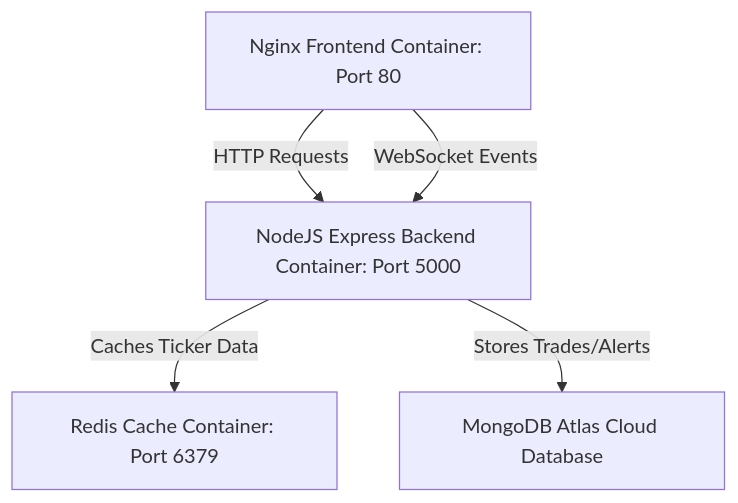
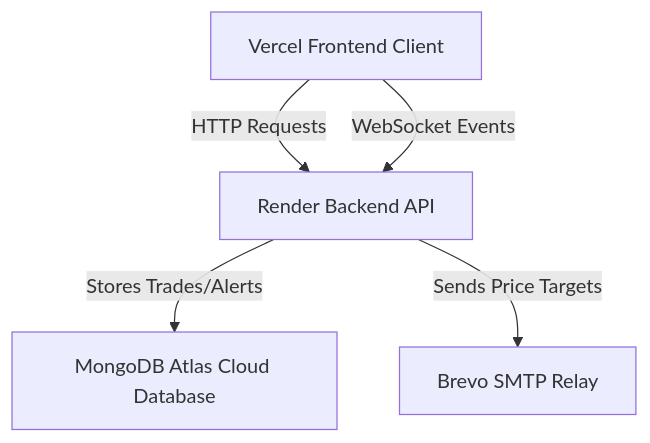
One commit to Bharadhwaj335/Stock-Trading-Simulator changed the diagram in README.md. Above: the diagram before and after it, drawn with Mermaid. The commit also changed other lines of this file and 8 other files, not shown here.

Commit message:
docs: clean up Docker & AWS configurations and update deployment details to Vercel/Render

````diff
--- a/README.md
+++ b/README.md
@@ -13,7 +14,7 @@
 ```mermaid
 graph TD
-    A[Nginx Frontend Container: Port 80] -->|HTTP Requests| B[NodeJS Express Backend Container: Port 5000]
+    A[Vercel Frontend Client] -->|HTTP Requests| B[Render Backend API]
     A -->|WebSocket Events| B
-    B -->|Caches Ticker Data| C[Redis Cache Container: Port 6379]
-    B -->|Stores Trades/Alerts| D[MongoDB Atlas Cloud Database]
+    B -->|Stores Trades/Alerts| C[MongoDB Atlas Cloud Database]
+    B -->|Sends Price Targets| D[Brevo SMTP Relay]
 ```
````
